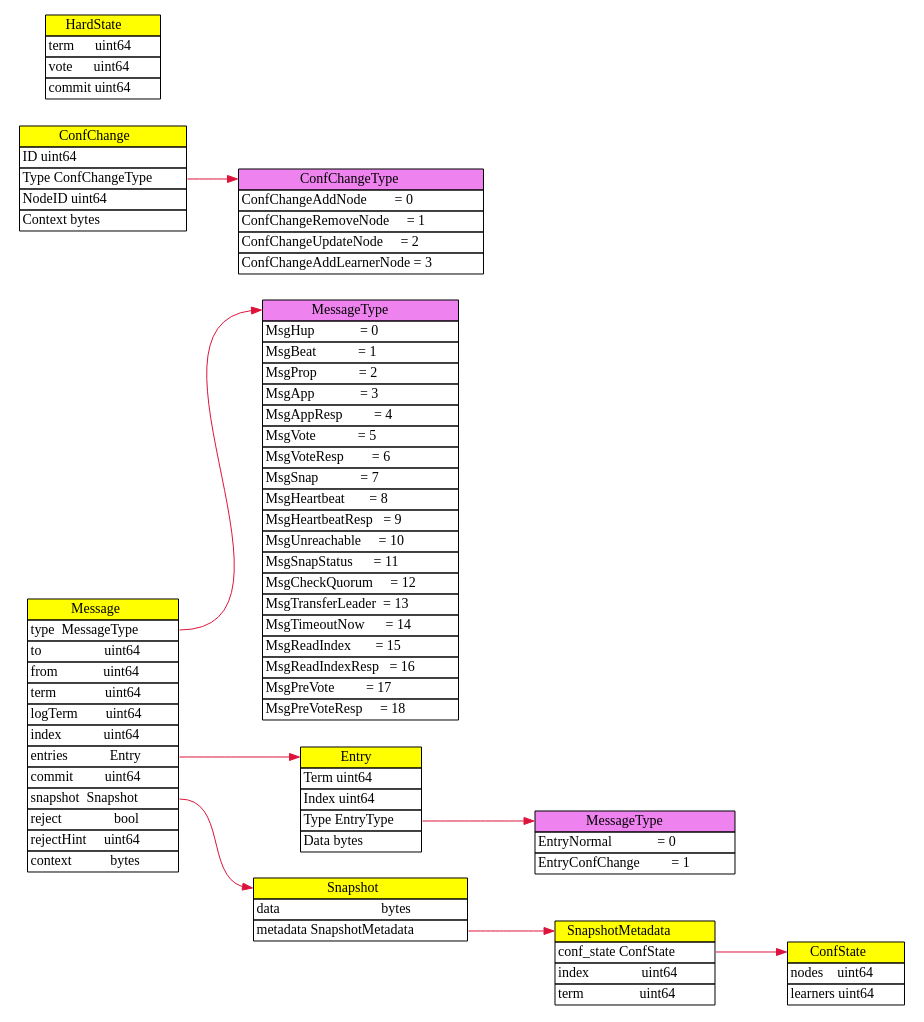
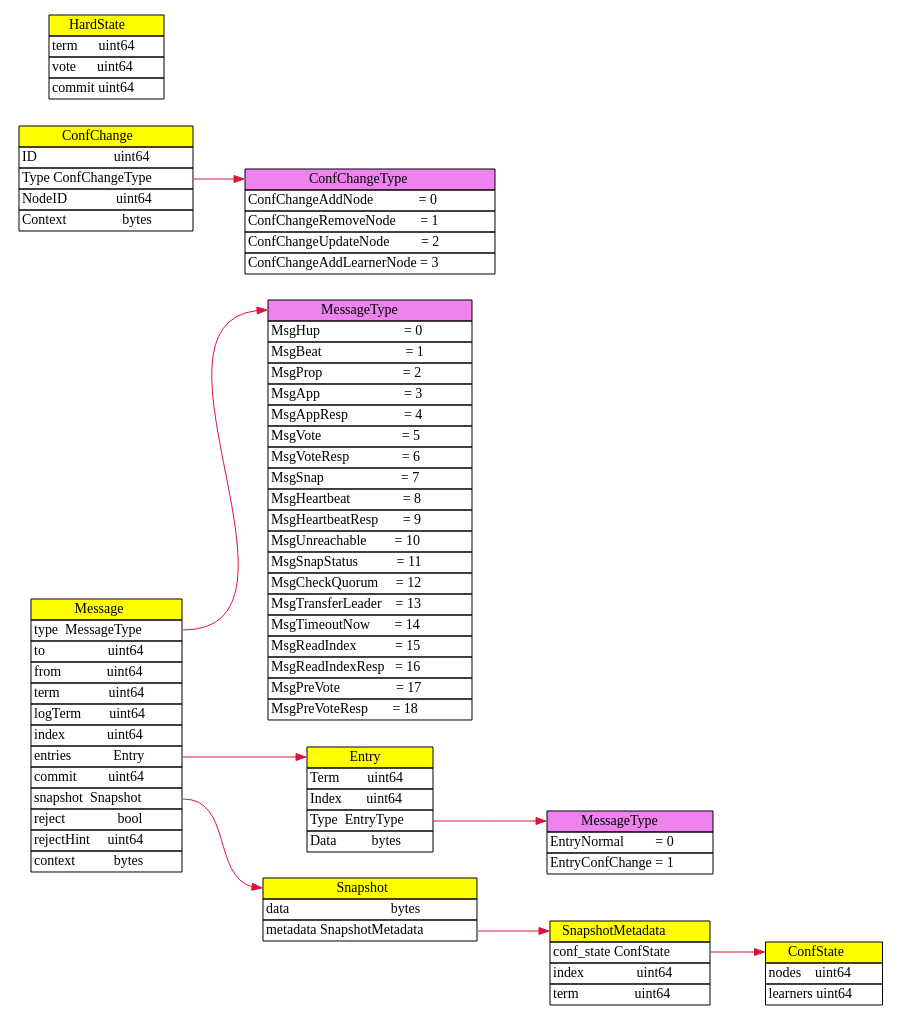
Before and after one commit to lkk2003rty/notes: the diagram in image_scripts/raft_msg.dot, drawn with Graphviz. The commit also changed 2 other files, not shown here.

```diff
--- a/image_scripts/raft_msg.dot
+++ b/image_scripts/raft_msg.dot
@@ -1,108 +1,108 @@
 digraph Raft {
     rankdir=LR;
     edge [fontname = "Verdana", fontsize = 10, color="crimson", style="solid"];
  
     Message [shape="none" label=<<table border="0" cellspacing="0">
     <tr><td bgcolor="yellow" border="1">Message</td></tr>
     <tr><td border="1" align="left" port="type">type&nbsp;&nbsp;MessageType</td></tr>
     <tr><td border="1" align="left">to&nbsp;&nbsp;&nbsp;&nbsp;&nbsp;&nbsp;&nbsp;&nbsp;&nbsp;&nbsp;&nbsp;&nbsp;&nbsp;&nbsp;&nbsp;&nbsp;&nbsp;&nbsp;uint64</td></tr>
     <tr><td border="1" align="left">from&nbsp;&nbsp;&nbsp;&nbsp;&nbsp;&nbsp;&nbsp;&nbsp;&nbsp;&nbsp;&nbsp;&nbsp;&nbsp;uint64</td></tr>
     <tr><td border="1" align="left">term&nbsp;&nbsp;&nbsp;&nbsp;&nbsp;&nbsp;&nbsp;&nbsp;&nbsp;&nbsp;&nbsp;&nbsp;&nbsp;&nbsp;uint64</td></tr>
     <tr><td border="1" align="left">logTerm&nbsp;&nbsp;&nbsp;&nbsp;&nbsp;&nbsp;&nbsp;&nbsp;uint64</td></tr>
     <tr><td border="1" align="left">index&nbsp;&nbsp;&nbsp;&nbsp;&nbsp;&nbsp;&nbsp;&nbsp;&nbsp;&nbsp;&nbsp;&nbsp;uint64</td></tr>
     <tr><td border="1" align="left" port="entries">entries&nbsp;&nbsp;&nbsp;&nbsp;&nbsp;&nbsp;&nbsp;&nbsp;&nbsp;&nbsp;&nbsp;&nbsp;Entry</td></tr>
     <tr><td border="1" align="left">commit&nbsp;&nbsp;&nbsp;&nbsp;&nbsp;&nbsp;&nbsp;&nbsp;&nbsp;uint64</td></tr>
     <tr><td border="1" align="left" port="snapshot">snapshot&nbsp;&nbsp;Snapshot</td></tr>
     <tr><td border="1" align="left">reject&nbsp;&nbsp;&nbsp;&nbsp;&nbsp;&nbsp;&nbsp;&nbsp;&nbsp;&nbsp;&nbsp;&nbsp;&nbsp;&nbsp;&nbsp;bool</td></tr>
     <tr><td border="1" align="left">rejectHint&nbsp;&nbsp;&nbsp;&nbsp;&nbsp;uint64</td></tr>
     <tr><td border="1" align="left">context&nbsp;&nbsp;&nbsp;&nbsp;&nbsp;&nbsp;&nbsp;&nbsp;&nbsp;&nbsp;&nbsp;bytes</td></tr>
     </table>>];
 
     MessageType [shape="none" label=<<table border="0" cellspacing="0">
     <tr><td bgcolor="#EE82EE" border="1" port="head">MessageType</td></tr>
-	<tr><td border="1" align="left">MsgHup             = 0</td></tr>
-	<tr><td border="1" align="left">MsgBeat            = 1</td></tr>
-	<tr><td border="1" align="left">MsgProp            = 2</td></tr>
-	<tr><td border="1" align="left">MsgApp             = 3</td></tr>
-	<tr><td border="1" align="left">MsgAppResp         = 4</td></tr>
-	<tr><td border="1" align="left">MsgVote            = 5</td></tr>
-	<tr><td border="1" align="left">MsgVoteResp        = 6</td></tr>
-	<tr><td border="1" align="left">MsgSnap            = 7</td></tr>
-	<tr><td border="1" align="left">MsgHeartbeat       = 8</td></tr>
-	<tr><td border="1" align="left">MsgHeartbeatResp   = 9</td></tr>
-	<tr><td border="1" align="left">MsgUnreachable     = 10</td></tr>
-	<tr><td border="1" align="left">MsgSnapStatus      = 11</td></tr>
-	<tr><td border="1" align="left">MsgCheckQuorum     = 12</td></tr>
-	<tr><td border="1" align="left">MsgTransferLeader  = 13</td></tr>
-	<tr><td border="1" align="left">MsgTimeoutNow      = 14</td></tr>
-	<tr><td border="1" align="left">MsgReadIndex       = 15</td></tr>
-	<tr><td border="1" align="left">MsgReadIndexResp   = 16</td></tr>
-	<tr><td border="1" align="left">MsgPreVote         = 17</td></tr>
-	<tr><td border="1" align="left">MsgPreVoteResp     = 18</td></tr>
+	<tr><td border="1" align="left">MsgHup&nbsp;&nbsp;&nbsp;&nbsp;&nbsp;&nbsp;&nbsp;&nbsp;&nbsp;&nbsp;&nbsp;&nbsp;&nbsp;&nbsp;&nbsp;&nbsp;&nbsp;&nbsp;&nbsp;&nbsp;&nbsp;&nbsp;&nbsp;&nbsp;=&nbsp;0</td></tr>
+	<tr><td border="1" align="left">MsgBeat&nbsp;&nbsp;&nbsp;&nbsp;&nbsp;&nbsp;&nbsp;&nbsp;&nbsp;&nbsp;&nbsp;&nbsp;&nbsp;&nbsp;&nbsp;&nbsp;&nbsp;&nbsp;&nbsp;&nbsp;&nbsp;&nbsp;&nbsp;&nbsp;=&nbsp;1</td></tr>
+	<tr><td border="1" align="left">MsgProp&nbsp;&nbsp;&nbsp;&nbsp;&nbsp;&nbsp;&nbsp;&nbsp;&nbsp;&nbsp;&nbsp;&nbsp;&nbsp;&nbsp;&nbsp;&nbsp;&nbsp;&nbsp;&nbsp;&nbsp;&nbsp;&nbsp;&nbsp;=&nbsp;2</td></tr>
+	<tr><td border="1" align="left">MsgApp&nbsp;&nbsp;&nbsp;&nbsp;&nbsp;&nbsp;&nbsp;&nbsp;&nbsp;&nbsp;&nbsp;&nbsp;&nbsp;&nbsp;&nbsp;&nbsp;&nbsp;&nbsp;&nbsp;&nbsp;&nbsp;&nbsp;&nbsp;&nbsp;=&nbsp;3</td></tr>
+	<tr><td border="1" align="left">MsgAppResp&nbsp;&nbsp;&nbsp;&nbsp;&nbsp;&nbsp;&nbsp;&nbsp;&nbsp;&nbsp;&nbsp;&nbsp;&nbsp;&nbsp;&nbsp;&nbsp;=&nbsp;4</td></tr>
+	<tr><td border="1" align="left">MsgVote&nbsp;&nbsp;&nbsp;&nbsp;&nbsp;&nbsp;&nbsp;&nbsp;&nbsp;&nbsp;&nbsp;&nbsp;&nbsp;&nbsp;&nbsp;&nbsp;&nbsp;&nbsp;&nbsp;&nbsp;&nbsp;&nbsp;&nbsp;=&nbsp;5</td></tr>
+	<tr><td border="1" align="left">MsgVoteResp&nbsp;&nbsp;&nbsp;&nbsp;&nbsp;&nbsp;&nbsp;&nbsp;&nbsp;&nbsp;&nbsp;&nbsp;&nbsp;&nbsp;&nbsp;=&nbsp;6</td></tr>
+	<tr><td border="1" align="left">MsgSnap&nbsp;&nbsp;&nbsp;&nbsp;&nbsp;&nbsp;&nbsp;&nbsp;&nbsp;&nbsp;&nbsp;&nbsp;&nbsp;&nbsp;&nbsp;&nbsp;&nbsp;&nbsp;&nbsp;&nbsp;&nbsp;&nbsp;=&nbsp;7</td></tr>
+	<tr><td border="1" align="left">MsgHeartbeat&nbsp;&nbsp;&nbsp;&nbsp;&nbsp;&nbsp;&nbsp;&nbsp;&nbsp;&nbsp;&nbsp;&nbsp;&nbsp;&nbsp;&nbsp;=&nbsp;8</td></tr>
+	<tr><td border="1" align="left">MsgHeartbeatResp&nbsp;&nbsp;&nbsp;&nbsp;&nbsp;&nbsp;&nbsp;=&nbsp;9</td></tr>
+	<tr><td border="1" align="left">MsgUnreachable&nbsp;&nbsp;&nbsp;&nbsp;&nbsp;&nbsp;&nbsp;&nbsp;=&nbsp;10</td></tr>
+	<tr><td border="1" align="left">MsgSnapStatus&nbsp;&nbsp;&nbsp;&nbsp;&nbsp;&nbsp;&nbsp;&nbsp;&nbsp;&nbsp;&nbsp;=&nbsp;11</td></tr>
+	<tr><td border="1" align="left">MsgCheckQuorum&nbsp;&nbsp;&nbsp;&nbsp;&nbsp;=&nbsp;12</td></tr>
+	<tr><td border="1" align="left">MsgTransferLeader&nbsp;&nbsp;&nbsp;&nbsp;=&nbsp;13</td></tr>
+	<tr><td border="1" align="left">MsgTimeoutNow&nbsp;&nbsp;&nbsp;&nbsp;&nbsp;&nbsp;&nbsp;=&nbsp;14</td></tr>
+	<tr><td border="1" align="left">MsgReadIndex&nbsp;&nbsp;&nbsp;&nbsp;&nbsp;&nbsp;&nbsp;&nbsp;&nbsp;&nbsp;&nbsp;=&nbsp;15</td></tr>
+	<tr><td border="1" align="left">MsgReadIndexResp&nbsp;&nbsp;&nbsp;=&nbsp;16</td></tr>
+	<tr><td border="1" align="left">MsgPreVote&nbsp;&nbsp;&nbsp;&nbsp;&nbsp;&nbsp;&nbsp;&nbsp;&nbsp;&nbsp;&nbsp;&nbsp;&nbsp;&nbsp;&nbsp;&nbsp;=&nbsp;17</td></tr>
+	<tr><td border="1" align="left">MsgPreVoteResp&nbsp;&nbsp;&nbsp;&nbsp;&nbsp;&nbsp;&nbsp;=&nbsp;18</td></tr>
     </table>>];
 
     Entry [shape="none" label=<<table border="0" cellspacing="0">
     <tr><td bgcolor="yellow" border="1" port="head">Entry</td></tr>
-    <tr><td border="1" align="left">Term&nbsp;uint64</td></tr>
-    <tr><td border="1" align="left">Index&nbsp;uint64</td></tr>
-    <tr><td border="1" align="left" port="type">Type&nbsp;EntryType</td></tr>
-    <tr><td border="1" align="left">Data&nbsp;bytes</td></tr>
+    <tr><td border="1" align="left">Term&nbsp;&nbsp;&nbsp;&nbsp;&nbsp;&nbsp;&nbsp;&nbsp;uint64</td></tr>
+    <tr><td border="1" align="left">Index&nbsp;&nbsp;&nbsp;&nbsp;&nbsp;&nbsp;&nbsp;uint64</td></tr>
+    <tr><td border="1" align="left" port="type">Type&nbsp;&nbsp;EntryType</td></tr>
+    <tr><td border="1" align="left">Data&nbsp;&nbsp;&nbsp;&nbsp;&nbsp;&nbsp;&nbsp;&nbsp;&nbsp;&nbsp;bytes</td></tr>
     </table>>];
    
     EntryType [shape="none" label=<<table border="0" cellspacing="0">
     <tr><td bgcolor="#EE82EE" border="1" port="head">MessageType</td></tr>
-	<tr><td border="1" align="left">EntryNormal             = 0</td></tr>
-	<tr><td border="1" align="left">EntryConfChange         = 1</td></tr>
+	<tr><td border="1" align="left">EntryNormal&nbsp;&nbsp;&nbsp;&nbsp;&nbsp;&nbsp;&nbsp;&nbsp;&nbsp;=&nbsp;0</td></tr>
+	<tr><td border="1" align="left">EntryConfChange&nbsp;=&nbsp;1</td></tr>
     </table>>];
     
     Snapshot [shape="none" label=<<table border="0" cellspacing="0">
     <tr><td bgcolor="yellow" border="1" port="head">Snapshot</td></tr>
 	<tr><td border="1" align="left">data&nbsp;&nbsp;&nbsp;&nbsp;&nbsp;&nbsp;&nbsp;&nbsp;&nbsp;&nbsp;&nbsp;&nbsp;&nbsp;&nbsp;&nbsp;&nbsp;&nbsp;&nbsp;&nbsp;&nbsp;&nbsp;&nbsp;&nbsp;&nbsp;&nbsp;&nbsp;&nbsp;&nbsp;&nbsp;bytes</td></tr>
 	<tr><td border="1" align="left" port="metadata">metadata&nbsp;SnapshotMetadata</td></tr>
     </table>>];
 
     SnapshotMetadata [shape="none" label=<<table border="0" cellspacing="0">
     <tr><td bgcolor="yellow" border="1" port="head">SnapshotMetadata</td></tr>
 	<tr><td border="1" align="left" port="conf_state">conf_state&nbsp;ConfState</td></tr>
 	<tr><td border="1" align="left">index&nbsp;&nbsp;&nbsp;&nbsp;&nbsp;&nbsp;&nbsp;&nbsp;&nbsp;&nbsp;&nbsp;&nbsp;&nbsp;&nbsp;&nbsp;uint64</td></tr>
 	<tr><td border="1" align="left">term&nbsp;&nbsp;&nbsp;&nbsp;&nbsp;&nbsp;&nbsp;&nbsp;&nbsp;&nbsp;&nbsp;&nbsp;&nbsp;&nbsp;&nbsp;&nbsp;uint64</td></tr>
     </table>>];
 
     ConfState [shape="none" label=<<table border="0" cellspacing="0">
     <tr><td bgcolor="yellow" border="1" port="head">ConfState</td></tr>
 	<tr><td border="1" align="left">nodes&nbsp;&nbsp;&nbsp;&nbsp;uint64</td></tr>
 	<tr><td border="1" align="left">learners&nbsp;uint64</td></tr>
     </table>>];
 
     ConfChangeType[shape="none" label=<<table border="0" cellspacing="0">
     <tr><td bgcolor="#EE82EE" border="1" port="head">ConfChangeType</td></tr>
-	<tr><td border="1" align="left">ConfChangeAddNode        = 0</td></tr>
-	<tr><td border="1" align="left">ConfChangeRemoveNode     = 1</td></tr>
-	<tr><td border="1" align="left">ConfChangeUpdateNode     = 2</td></tr>
-	<tr><td border="1" align="left">ConfChangeAddLearnerNode = 3</td></tr>
+	<tr><td border="1" align="left">ConfChangeAddNode&nbsp;&nbsp;&nbsp;&nbsp;&nbsp;&nbsp;&nbsp;&nbsp;&nbsp;&nbsp;&nbsp;&nbsp;&nbsp;=&nbsp;0</td></tr>
+	<tr><td border="1" align="left">ConfChangeRemoveNode&nbsp;&nbsp;&nbsp;&nbsp;&nbsp;&nbsp;&nbsp;=&nbsp;1</td></tr>
+	<tr><td border="1" align="left">ConfChangeUpdateNode&nbsp;&nbsp;&nbsp;&nbsp;&nbsp;&nbsp;&nbsp;&nbsp;&nbsp;=&nbsp;2</td></tr>
+	<tr><td border="1" align="left">ConfChangeAddLearnerNode&nbsp;=&nbsp;3</td></tr>
     </table>>];
 
     ConfChange [shape="none" label=<<table border="0" cellspacing="0">
     <tr><td bgcolor="yellow" border="1" port="head">ConfChange</td></tr>
-	<tr><td border="1" align="left">ID&nbsp;uint64</td></tr>
+	<tr><td border="1" align="left">ID&nbsp;&nbsp;&nbsp;&nbsp;&nbsp;&nbsp;&nbsp;&nbsp;&nbsp;&nbsp;&nbsp;&nbsp;&nbsp;&nbsp;&nbsp;&nbsp;&nbsp;&nbsp;&nbsp;&nbsp;&nbsp;&nbsp;uint64</td></tr>
 	<tr><td border="1" align="left" port="type">Type&nbsp;ConfChangeType</td></tr>
-	<tr><td border="1" align="left">NodeID&nbsp;uint64</td></tr>
-	<tr><td border="1" align="left">Context&nbsp;bytes</td></tr>
+	<tr><td border="1" align="left">NodeID&nbsp;&nbsp;&nbsp;&nbsp;&nbsp;&nbsp;&nbsp;&nbsp;&nbsp;&nbsp;&nbsp;&nbsp;&nbsp;&nbsp;uint64</td></tr>
+	<tr><td border="1" align="left">Context&nbsp;&nbsp;&nbsp;&nbsp;&nbsp;&nbsp;&nbsp;&nbsp;&nbsp;&nbsp;&nbsp;&nbsp;&nbsp;&nbsp;&nbsp;&nbsp;bytes</td></tr>
     </table>>];
 
     HardState [shape="none" label=<<table border="0" cellspacing="0">
     <tr><td bgcolor="yellow" border="1" port="head">HardState</td></tr>
 	<tr><td border="1" align="left">term&nbsp;&nbsp;&nbsp;&nbsp;&nbsp;&nbsp;uint64</td></tr>
 	<tr><td border="1" align="left">vote&nbsp;&nbsp;&nbsp;&nbsp;&nbsp;&nbsp;uint64</td></tr>
 	<tr><td border="1" align="left">commit&nbsp;uint64</td></tr>
     </table>>];
 
 
     Message:type -> MessageType:head;
     Message:entries -> Entry:head;
     Message:snapshot -> Snapshot:head;
     Entry:type -> EntryType:head;
     Snapshot:metadata -> SnapshotMetadata:head;
     SnapshotMetadata:conf_state -> ConfState:head;
     ConfChange:type -> ConfChangeType:head;
 }
```
